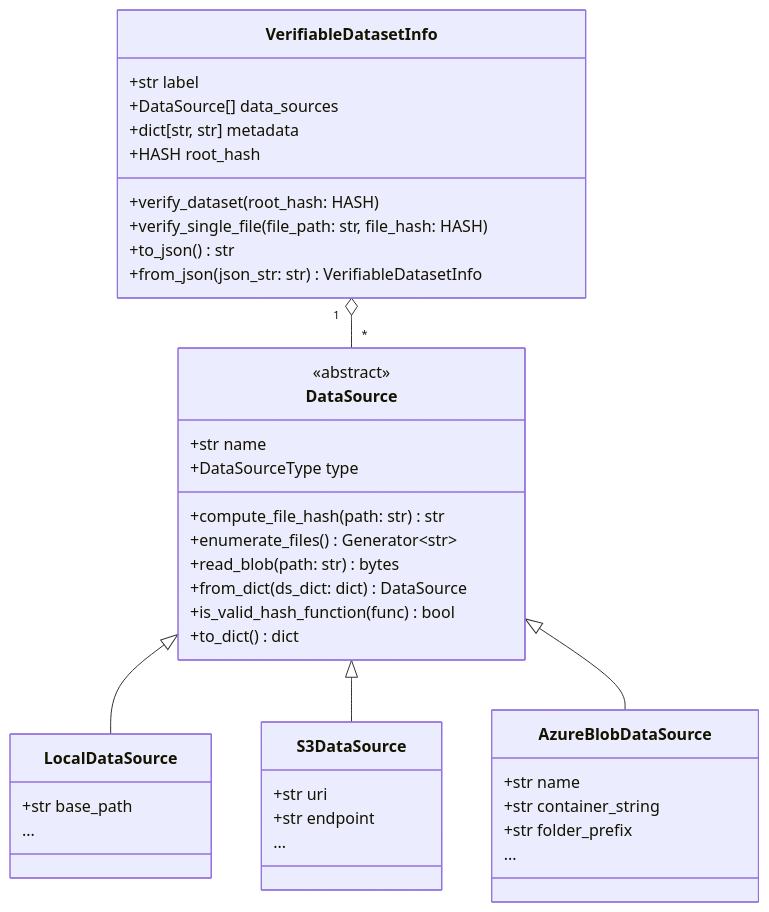
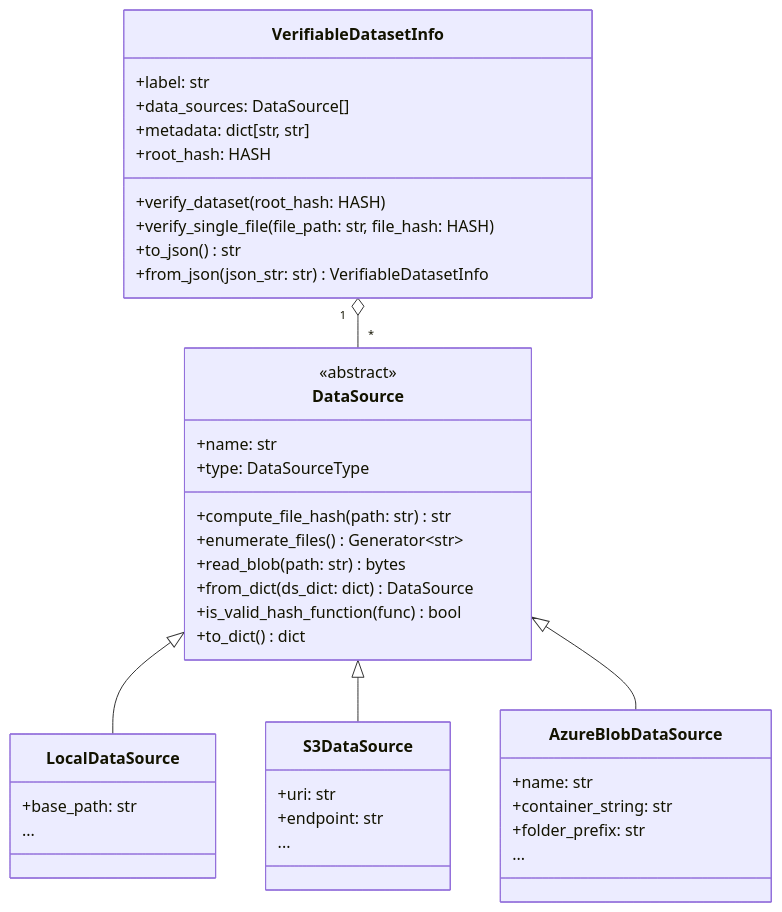
One commit to securefederatedai/openfl changed the diagram in docs/mermaid/verifiable_dataset_info.mmd. Above: the diagram before and after it, drawn with Mermaid. The commit also changed 1 other file, not shown here.

Commit message:
Mermaid syntax fixes

```diff
--- a/docs/mermaid/verifiable_dataset_info.mmd
+++ b/docs/mermaid/verifiable_dataset_info.mmd
@@ -1,50 +1,50 @@
 %% Copyright 2025 Intel Corporation
 %% SPDX-License-Identifier: Apache-2.0
 
 classDiagram
     class VerifiableDatasetInfo {
-        +str label
-        +DataSource[] data_sources
-        +dict[str, str] metadata
-        +HASH root_hash
+        +label: str
+        +data_sources: DataSource[] 
+        +metadata: dict[str, str] 
+        +root_hash: HASH 
 
         +verify_dataset(root_hash: HASH)
         +verify_single_file(file_path: str, file_hash: HASH)
         +to_json() str
         +from_json(json_str: str) VerifiableDatasetInfo
     }
 
     class DataSource {
         <<abstract>>
-        +str name
-        +DataSourceType type
+        +name: str 
+        +type: DataSourceType 
         +compute_file_hash(path: str) str
         +enumerate_files() Generator~str~
         +read_blob(path: str) bytes
         +from_dict(ds_dict: dict) DataSource
         +is_valid_hash_function(func) bool
         +to_dict() dict
     }
 
     class LocalDataSource {
-        +str base_path
+        +base_path: str
         ...
     }
 
     class S3DataSource {
-        +str uri
-        +str endpoint
+        +uri: str 
+        +endpoint: str
         ...
     }
 
     class AzureBlobDataSource {
-        +str name
-        +str container_string
-        +str folder_prefix
+        +name: str 
+        +container_string: str 
+        +folder_prefix: str
         ...
     }
 
     VerifiableDatasetInfo "1" o-- "*" DataSource
     DataSource <|-- LocalDataSource
     DataSource <|-- S3DataSource
     DataSource <|-- AzureBlobDataSource
```
